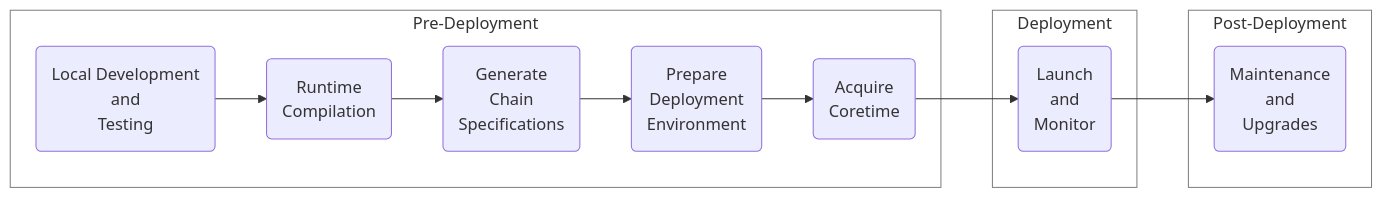
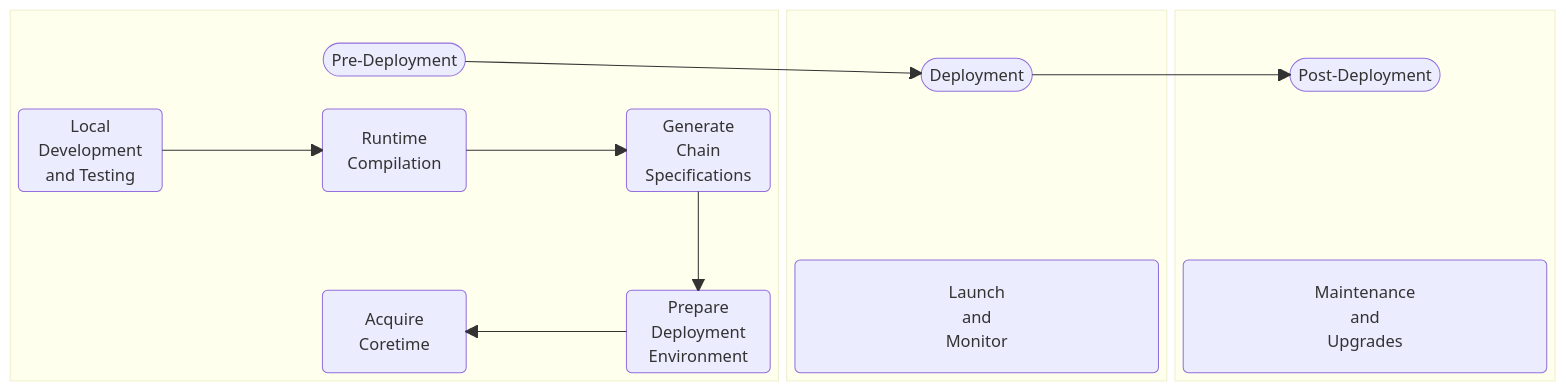
Before and after one commit to polkadot-developers/polkadot-docs: the diagram in develop/blockchains/get-started/deploy-blockchain-to-polkadot.md, drawn with Mermaid.

Commit message:
improved mermaid

````diff
--- a/develop/blockchains/get-started/deploy-blockchain-to-polkadot.md
+++ b/develop/blockchains/get-started/deploy-blockchain-to-polkadot.md
@@ -18,23 +18,35 @@
 ```mermaid
-graph LR
-    %% Pre-Deployment Label
-    subgraph pre[Pre-Deployment]
-    style pre fill:none,stroke:gray
-    A("Local Development\nand\nTesting") --> B("Runtime \n Compilation")
-    B --> C("Generate \n Chain \n Specifications")
-    C --> D("Prepare \n Deployment \n Environment")
-    D --> E("Acquire \n Coretime")
+block-beta
+    columns 5
+    block:group1:2
+        columns 5
+        space:2 id1(["Pre-Deployment"]):1 space:2
+        A("Local \nDevelopment \nand Testing")
+        space
+        B("Runtime \nCompilation")
+        space
+        C("Generate \nChain \nSpecifications")
+        space:7
+        E("Acquire \nCoretime")
+        space
+        D("Prepare \nDeployment \nEnvironment")
     end
-
-    %% Deployment Label
-    subgraph dep[Deployment]
-    style dep fill:none,stroke:gray
-    E --> F("Launch \n and \n Monitor")
+        A-->B 
+        B-->C
+        C-->D 
+        D-->E
+    block:group2:1
+        columns 1
+        id2(["Deployment"]) 
+        space
+        F("Launch \nand \nMonitor")
     end
-
-    %% Post-Deployment Label
-    subgraph post[Post-Deployment]
-    style post fill:none,stroke:gray
-    F --> G("Maintenance \n and \n Upgrades")
+    block:group3:1
+        columns 1
+        id3(["Post-Deployment"])
+        space
+        G("Maintenance \nand \nUpgrades")
     end
+        id1-->id2
+        id2-->id3
 ```
````
